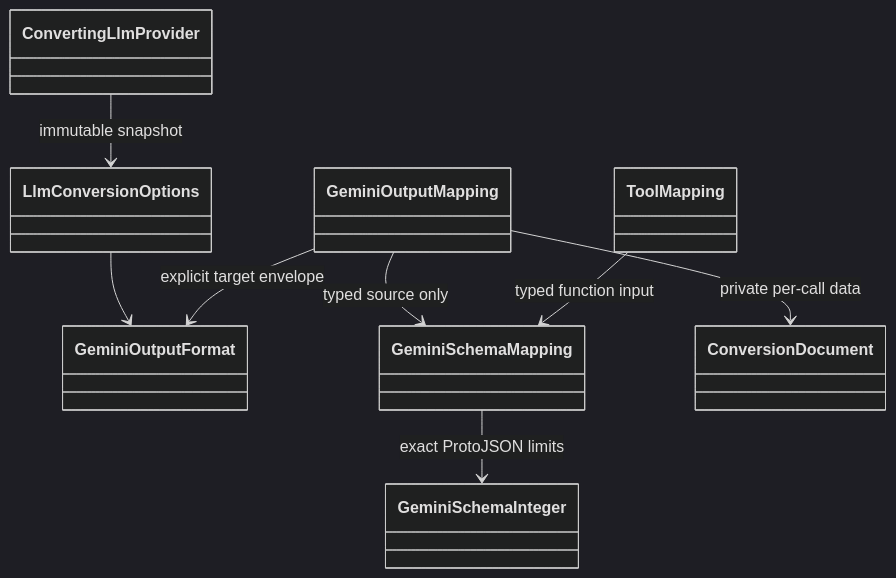
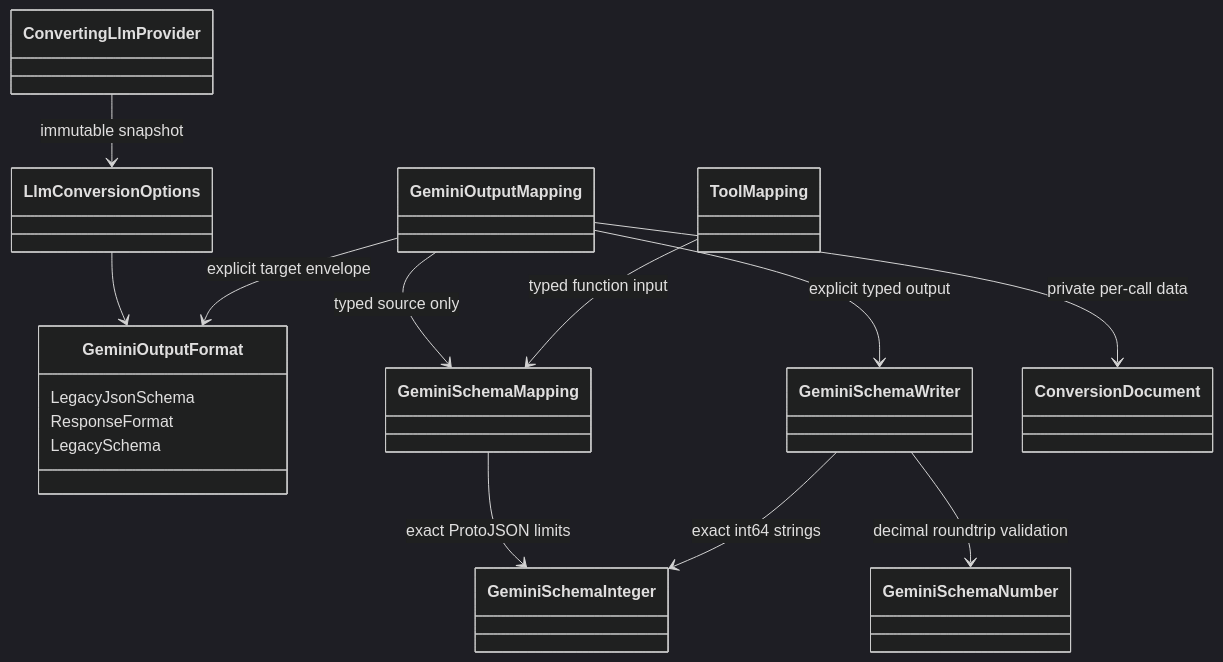
The sixth of 8 diagrams in docs/architecture.md (BenLampson/Asgard.Loki), drawn with Mermaid (dark theme) before and after one commit. The commit also changed other lines of this file and 17 other files, not shown here.

Commit message:
feat(conversion): add explicit Gemini typed output targets

````diff
--- a/docs/architecture.md
+++ b/docs/architecture.md
@@ -208,10 +208,18 @@
 ```mermaid
 classDiagram
 LlmConversionOptions --> GeminiOutputFormat
+class GeminiOutputFormat {
+  LegacyJsonSchema
+  ResponseFormat
+  LegacySchema
+}
 ConvertingLlmProvider --> LlmConversionOptions : immutable snapshot
 GeminiOutputMapping --> GeminiOutputFormat : explicit target envelope
 GeminiOutputMapping --> GeminiSchemaMapping : typed source only
 GeminiSchemaMapping --> GeminiSchemaInteger : exact ProtoJSON limits
 ToolMapping --> GeminiSchemaMapping : typed function input
+GeminiOutputMapping --> GeminiSchemaWriter : explicit typed output
+GeminiSchemaWriter --> GeminiSchemaInteger : exact int64 strings
+GeminiSchemaWriter --> GeminiSchemaNumber : decimal roundtrip validation
 GeminiOutputMapping --> ConversionDocument : private per-call data
 ```
````
